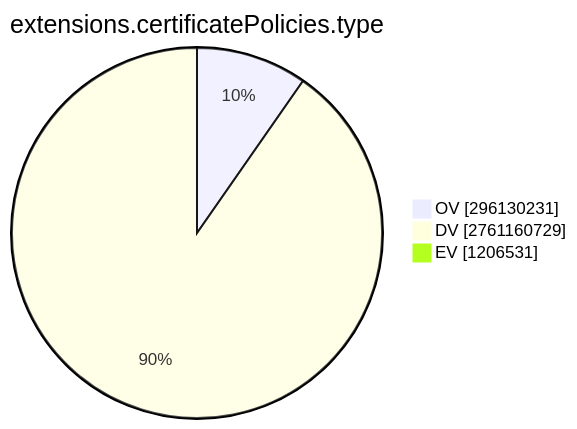
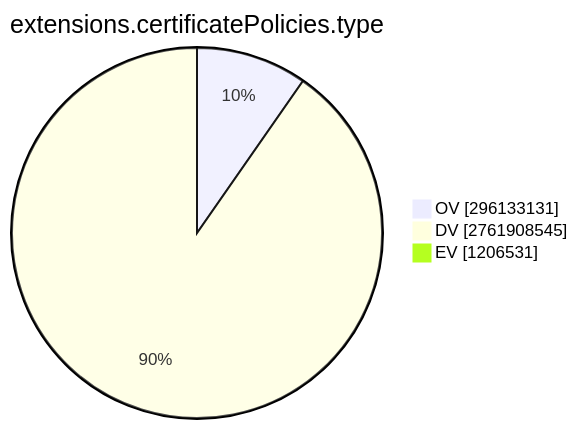
One commit to christiankrug/ctmonitor_visualization changed the ninth of 15 diagrams in TOTAL/README.md. Above: the diagram before and after it, drawn with Mermaid. The commit also changed other lines of this file, not shown here.

````diff
--- a/TOTAL/README.md
+++ b/TOTAL/README.md
@@ -3099,7 +3099,7 @@
 ```mermaid
 pie showData
 title extensions.certificatePolicies.type
-"OV" :296130231
-"DV" :2761160729
+"OV" :296133131
+"DV" :2761908545
 "EV" :1206531
 ```
````
